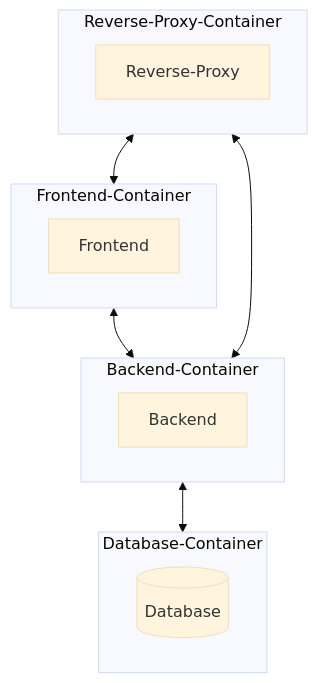
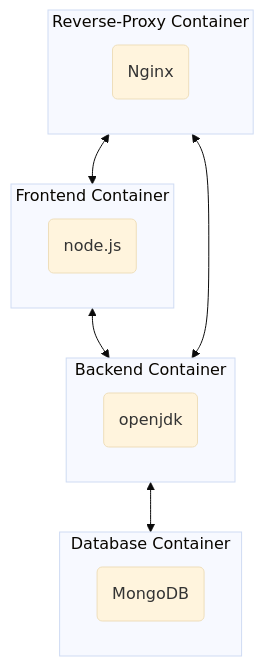
The diagram in docs/guide/install.md (Sybit-Education/Diveni), drawn with Mermaid (base theme) before and after one commit. The commit also changed other lines of this file, not shown here.

`````diff
--- a/docs/guide/install.md
+++ b/docs/guide/install.md
@@ -11,25 +11,25 @@
 ```mermaid
 flowchart TD
-  subgraph Reverse-Proxy-Container
+  subgraph Reverse-Proxy Container
     direction RL
-      Reverse-Proxy
+      Reverse-Proxy(Nginx)
   end  
-  subgraph Frontend-Container
+  subgraph Frontend Container
     direction RL
-      Frontend
+      Frontend(node.js)
   end
-  subgraph Backend-Container
+  subgraph Backend Container
     direction RL
-      Backend
+      Backend(openjdk)
   end
-  subgraph Database-Container
+  subgraph Database Container
     direction RL
-      Database[(Database)]
+      Database(MongoDB)
   end  
 
   Reverse-Proxy <--> Frontend
   Reverse-Proxy <--> Backend  
   Frontend <--> Backend
   Backend <--> Database
   
 ````
`````
